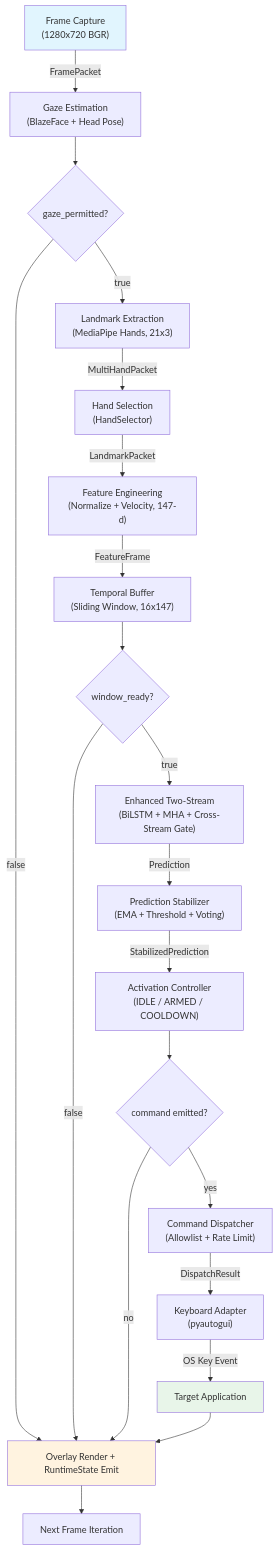
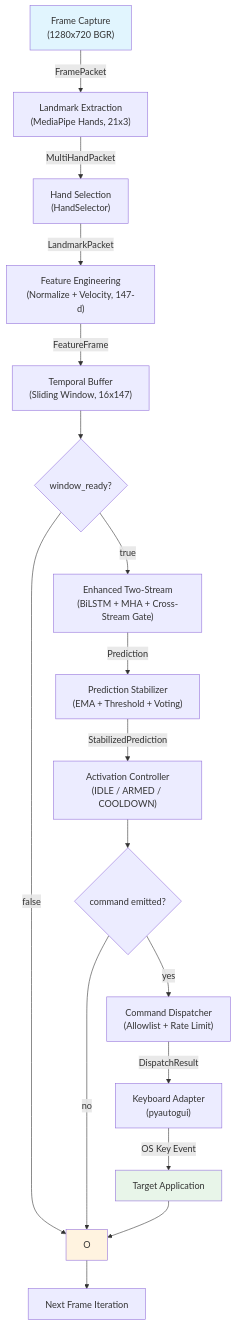
One commit to ntsrigaud/Maestro changed the first of 2 diagrams in docs/architecture/data-flow.md. Above: the diagram before and after it, drawn with Mermaid. The commit also changed other lines of this file and 1 other file, not shown here.

Commit message:
docs: update architectural docs to reflect gaze detection removal

````diff
--- a/docs/architecture/data-flow.md
+++ b/docs/architecture/data-flow.md
@@ -9,26 +9,23 @@
 ```mermaid
 graph TD
-    A["Frame Capture<br/>(1280x720 BGR)"] -->|FramePacket| B["Gaze Estimation<br/>(BlazeFace + Head Pose)"]
-    B --> Gz{"gaze_permitted?"}
-    Gz -->|false| O["Overlay Render + RuntimeState Emit"]
-    Gz -->|true| C["Landmark Extraction<br/>(MediaPipe Hands, 21x3)"]
+    A["Frame Capture<br/>(1280x720 BGR)"] -->|FramePacket| C["Landmark Extraction<br/>(MediaPipe Hands, 21x3)"]
     C -->|MultiHandPacket| Cs["Hand Selection<br/>(HandSelector)"]
     Cs -->|LandmarkPacket| D["Feature Engineering<br/>(Normalize + Velocity, 147-d)"]
     D -->|FeatureFrame| E["Temporal Buffer<br/>(Sliding Window, 16x147)"]
     E --> Wr{"window_ready?"}
     Wr -->|false| O
     Wr -->|true| F["Enhanced Two-Stream<br/>(BiLSTM + MHA + Cross-Stream Gate)"]
     F -->|Prediction| G["Prediction Stabilizer<br/>(EMA + Threshold + Voting)"]
     G -->|StabilizedPrediction| H["Activation Controller<br/>(IDLE / ARMED / COOLDOWN)"]
     H --> Cm{"command emitted?"}
     Cm -->|no| O
     Cm -->|yes| I["Command Dispatcher<br/>(Allowlist + Rate Limit)"]
     I -->|DispatchResult| J["Keyboard Adapter<br/>(pyautogui)"]
     J -->|OS Key Event| K["Target Application"]
     K --> O
     O --> N["Next Frame Iteration"]
 
     style A fill:#e1f5fe
     style K fill:#e8f5e9
     style O fill:#fff3e0
 ```
````
